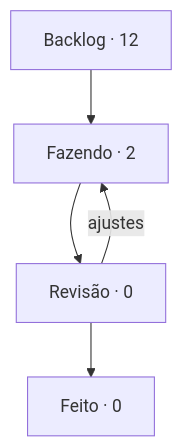
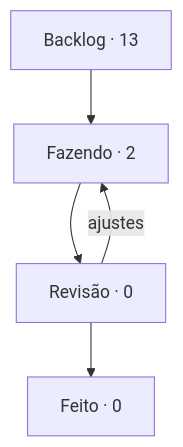
Before and after one commit to StudioVibi/VibiKanban: the diagram in boards/dungeon-bend/BOARD.md, drawn with Mermaid. The commit also changed other lines of this file and 2 other files, not shown here.

````diff
--- a/boards/dungeon-bend/BOARD.md
+++ b/boards/dungeon-bend/BOARD.md
@@ -5,10 +5,10 @@
 ```mermaid
 flowchart TD
-  backlog["Backlog · 12"] --> doing["Fazendo · 2"]
+  backlog["Backlog · 13"] --> doing["Fazendo · 2"]
   doing --> review["Revisão · 0"]
   review --> done["Feito · 0"]
   review -->|ajustes| doing
   doing:::blue
   review:::yellow
   done:::green
 ```
````
